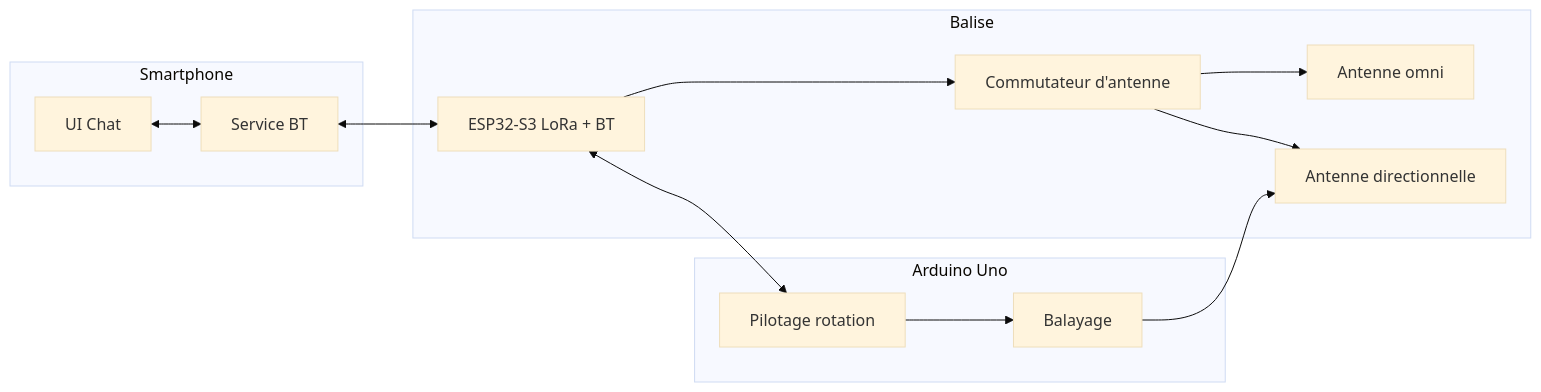
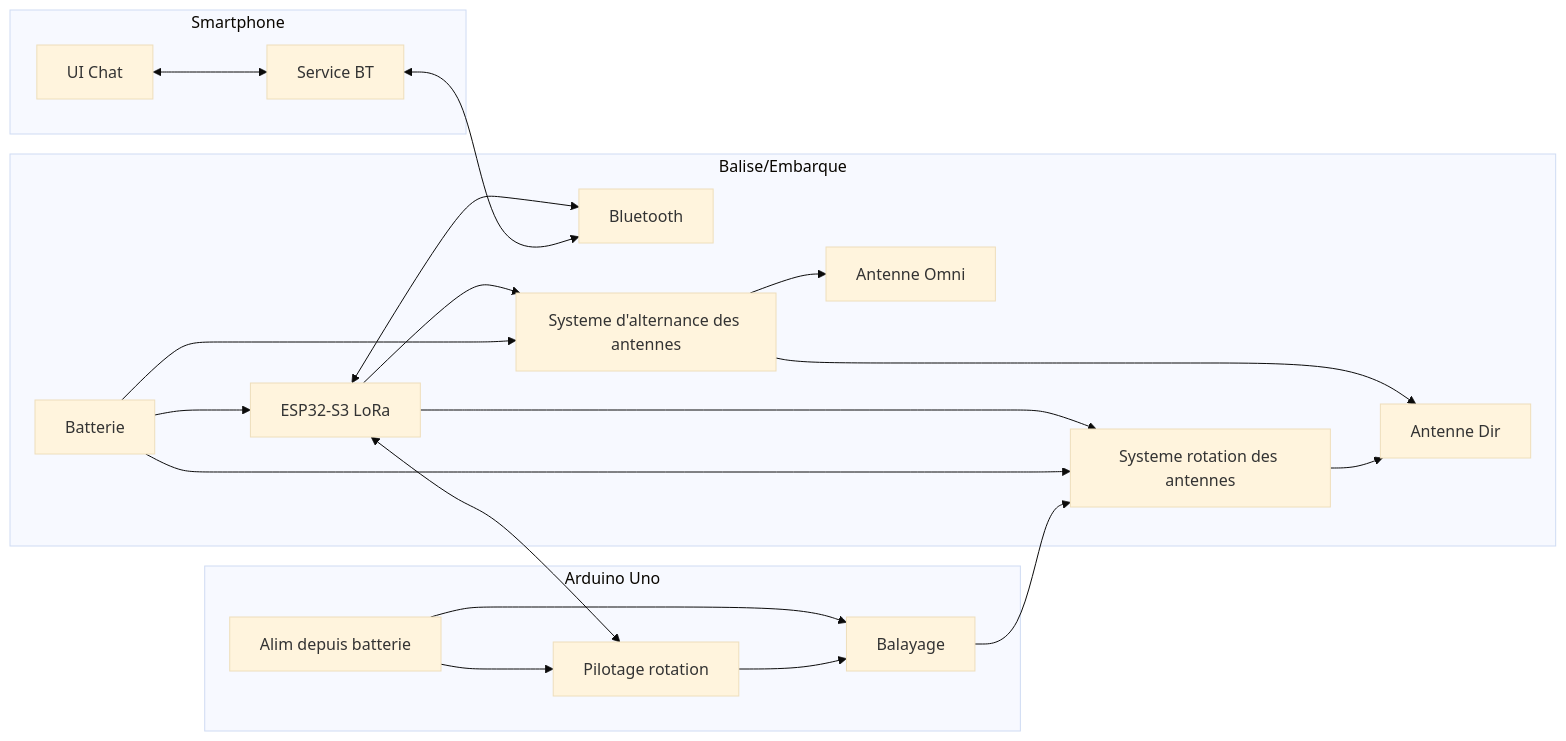
Before and after one commit to SHU445/Projet-LoRa-72h: the fifth of 6 diagrams in Diagrammes_SysML_Projet_LoRa.md, drawn with Mermaid (base theme). The commit also changed other lines of this file, not shown here.

````diff
--- a/Diagrammes_SysML_Projet_LoRa.md
+++ b/Diagrammes_SysML_Projet_LoRa.md
@@ -162,28 +179,40 @@
 ```mermaid
 flowchart LR
     subgraph S[Smartphone]
         UI[UI Chat]
         SVC[Service BT]
         UI <--> SVC
     end
 
-    subgraph B[Balise]
-        ESP[ESP32-S3 LoRa + BT]
-        SW[Commutateur d'antenne]
-        AO[Antenne omni]
-        AD[Antenne directionnelle]
-        ESP --> SW
-        SW --> AO
-        SW --> AD
+    subgraph B[Balise/Embarque]
+        ESP[ESP32-S3 LoRa]
+        BT[Bluetooth]
+        ALT[Systeme d'alternance des antennes]
+        ROT[Systeme rotation des antennes]
+        AO[Antenne Omni]
+        AD[Antenne Dir]
+        BAT[Batterie]
+        ESP <--> BT
+        ESP --> ALT
+        ALT --> AO
+        ALT --> AD
+        ESP --> ROT
+        ROT --> AD
+        BAT --> ESP
+        BAT --> ALT
+        BAT --> ROT
     end
 
     subgraph A[Arduino Uno]
         MOT[Pilotage rotation]
         SCAN[Balayage]
+        BAT2[Alim depuis batterie]
+        BAT2 --> MOT
+        BAT2 --> SCAN
     end
 
-    SVC <--> ESP
+    SVC <--> BT
     ESP <--> MOT
     MOT --> SCAN
-    SCAN --> AD
+    SCAN --> ROT
 ```
````
